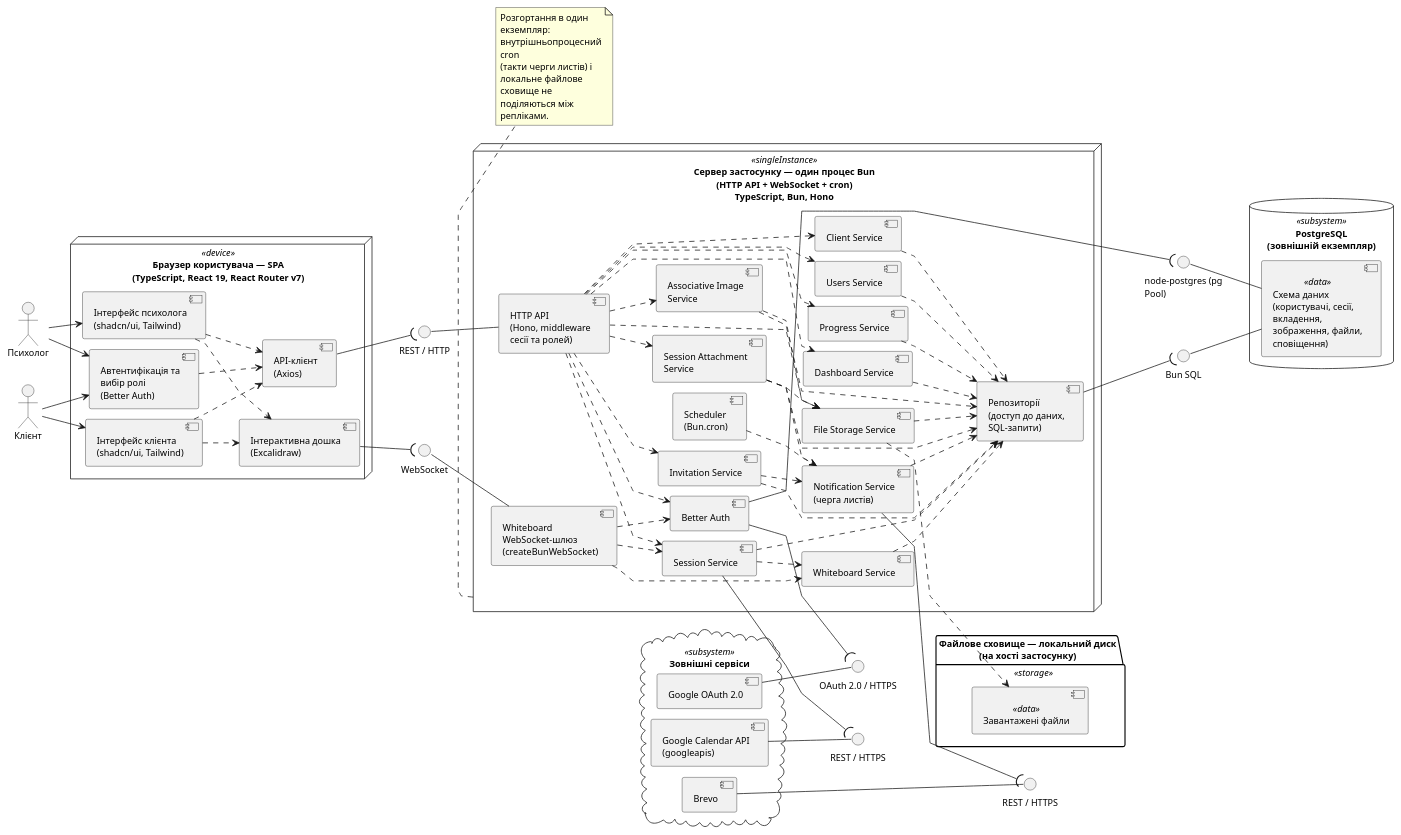
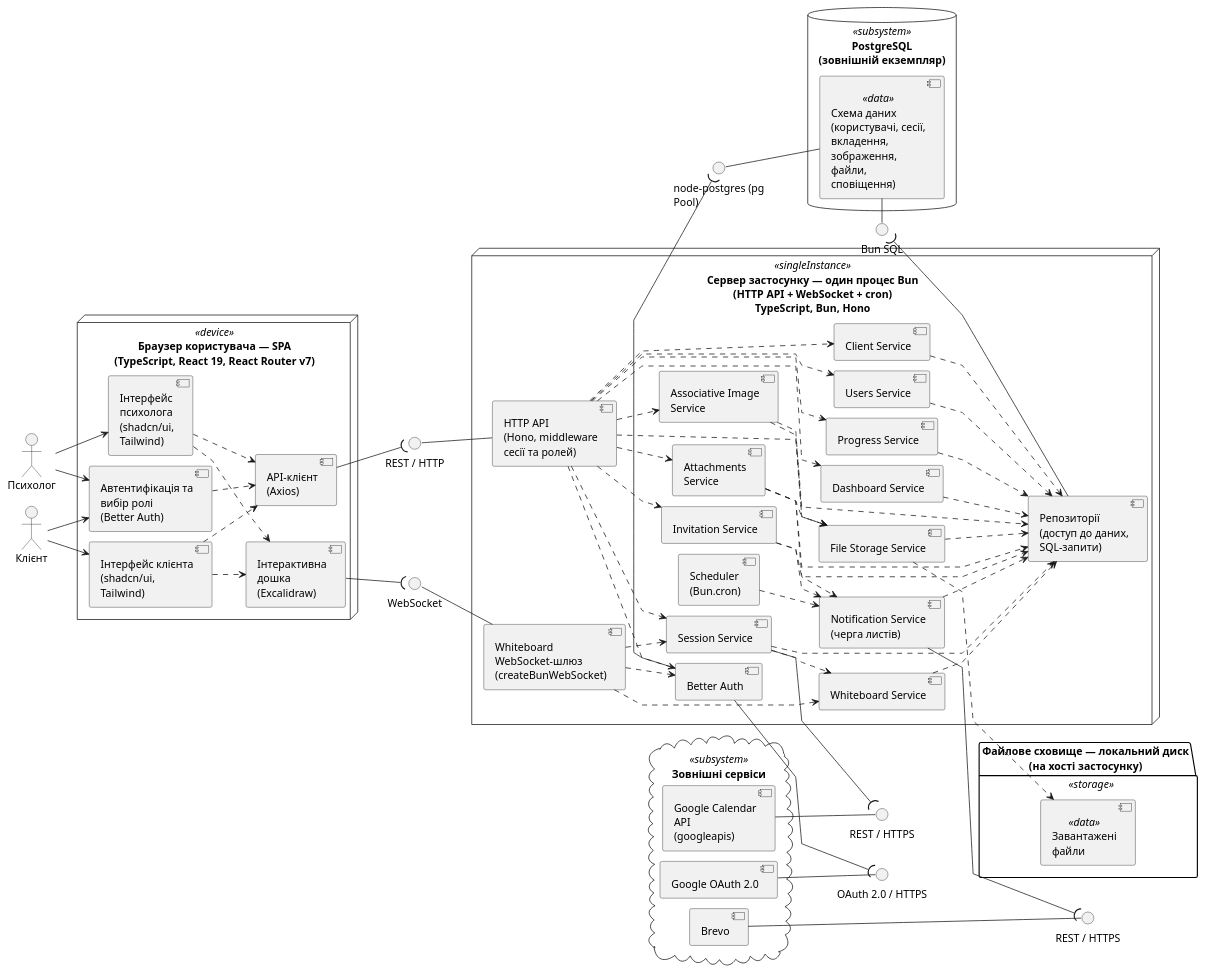
The diagram in docs/diagrams/structural-scheme-psm-deployment.puml (ArtemSmotritel/psycho), drawn with PlantUML before and after one commit. The commit also changed 107 other files, not shown here.

```diff
--- a/docs/diagrams/structural-scheme-psm-deployment.puml
+++ b/docs/diagrams/structural-scheme-psm-deployment.puml
@@ -1,152 +1,146 @@
 @startuml
 ' Підрозділ 3.2 — Структурна схема реалізації (PSM), варіант із вузлами розгортання.
 ' Уточнює діаграму компонентів (додаток Г) технологіями реалізації з підрозділу 3.1
 ' та відображає цільову платформу: підсистеми загорнуто у вузли розгортання,
 ' позначено обмеження розгортання в один екземпляр.
 
 skinparam defaultFontName Arial
 skinparam shadowing false
 skinparam componentStyle uml2
 skinparam packageStyle rectangle
 skinparam wrapWidth 130
 left to right direction
 skinparam linetype polyline
-skinparam defaultFontSize 12
+skinparam defaultFontSize 14
 skinparam nodesep 14
 skinparam ranksep 45
 
 actor "Психолог" as psycho
 actor "Клієнт" as clientActor
 
 node "Браузер користувача — SPA\n(TypeScript, React 19, React Router v7)" <<device>> {
     component "Автентифікація та вибір ролі\n(Better Auth)" as cAuth
     component "Інтерфейс психолога\n(shadcn/ui, Tailwind)" as cPsyUI
     component "Інтерфейс клієнта\n(shadcn/ui, Tailwind)" as cCliUI
     component "Інтерактивна дошка\n(Excalidraw)" as cBoard
     component "API-клієнт\n(Axios)" as cApi
 }
 
 node "Сервер застосунку — один процес Bun\n(HTTP API + WebSocket + cron)\nTypeScript, Bun, Hono" <<singleInstance>> as appServer {
     component "HTTP API\n(Hono, middleware сесії та ролей)" as sHttp
     component "Whiteboard WebSocket-шлюз\n(createBunWebSocket)" as sGateway
     component "Scheduler\n(Bun.cron)" as sCron
     component "Notification Service\n(черга листів)" as sNotif
     component "Better Auth" as sAuth
 
     component "Users Service" as sUsers
     component "Client Service" as sClients
     component "Invitation Service" as sInvites
     component "Session Service" as sSessions
     component "Whiteboard Service" as sWhiteboard
-    component "Session Attachment Service" as sAttach
+    component "Attachments Service" as sAttach
     component "File Storage Service" as sFiles
     component "Associative Image Service" as sImages
     component "Dashboard Service" as sDash
     component "Progress Service" as sProgress
 
     component "Репозиторії\n(доступ до даних, SQL-запити)" as sRepo
 }
-
-note bottom of appServer
-    Розгортання в один екземпляр: внутрішньопроцесний cron
-    (такти черги листів) і локальне файлове сховище не
-    поділяються між репліками.
-end note
 
 database "PostgreSQL\n(зовнішній екземпляр)" <<subsystem>> {
     component "Схема даних\n(користувачі, сесії, вкладення,\nзображення, файли, сповіщення)" <<data>> as dSchema
 }
 
 folder "Файлове сховище — локальний диск\n(на хості застосунку)" <<storage>> {
     component "Завантажені файли" <<data>> as fFiles
 }
 
 cloud "Зовнішні сервіси" <<subsystem>> {
     component "Google OAuth 2.0" as extOAuth
     component "Google Calendar API\n(googleapis)" as extCalendar
     component "Brevo" as extMail
 }
 
 ' ---- Канали клієнт–сервер ----
 interface "REST / HTTP" as iRest
 interface "WebSocket" as iWs
 cApi --( iRest
 iRest -- sHttp
 cBoard --( iWs
 iWs -- sGateway
 
 ' ---- Актори ----
 psycho --> cAuth
 psycho --> cPsyUI
 clientActor --> cAuth
 clientActor --> cCliUI
 
 ' ---- Клієнтська частина ----
 cPsyUI ..> cBoard
 cCliUI ..> cBoard
 cAuth ..> cApi
 cPsyUI ..> cApi
 cCliUI ..> cApi
 
 ' ---- Маршрутизація до сервісів ----
 sHttp ..> sAuth
 sHttp ..> sUsers
 sHttp ..> sClients
 sHttp ..> sInvites
 sHttp ..> sSessions
 sHttp ..> sAttach
 sHttp ..> sFiles
 sHttp ..> sImages
 sHttp ..> sDash
 sHttp ..> sProgress
 sGateway ..> sAuth
 sGateway ..> sSessions
 sGateway ..> sWhiteboard
 
 sAttach ..> sFiles
 sImages ..> sFiles
 sSessions .[norank].> sWhiteboard
 
 sCron ..> sNotif
 sInvites ..> sNotif
 sAttach ..> sNotif
 
 ' ---- Доступ до даних ----
 ' Усі сервіси звертаються до даних через шар репозиторіїв (SQL-запити),
 ' а не безпосередньо до драйвера БД.
 sUsers ..> sRepo
 sClients ..> sRepo
 sInvites ..> sRepo
 sSessions ..> sRepo
 sWhiteboard ..> sRepo
 sAttach ..> sRepo
 sFiles ..> sRepo
 sImages ..> sRepo
 sDash ..> sRepo
 sProgress ..> sRepo
 sNotif ..> sRepo
 
 interface "Bun SQL" as iBunSql
-iBunSql -- dSchema
-sRepo --( iBunSql
+iBunSql -left- dSchema
+sRepo -up-( iBunSql
 
 ' Better Auth веде власний доступ до тієї ж БД через окремий драйвер
 interface "node-postgres (pg Pool)" as iPg
 iPg -- dSchema
 sAuth --( iPg
 
 ' ---- Файлове сховище ----
 sFiles ..> fFiles
 
 ' ---- Зовнішні сервіси (складання «кулька-гніздо», протокол на інтерфейсі) ----
 interface "OAuth 2.0 / HTTPS" as iOAuth
 interface "REST / HTTPS" as iCalendar
 interface "REST / HTTPS" as iMail
 extOAuth -- iOAuth
 extCalendar -- iCalendar
 extMail -- iMail
 sAuth --( iOAuth
 sSessions --( iCalendar
 sNotif --( iMail
 
 @enduml
```
